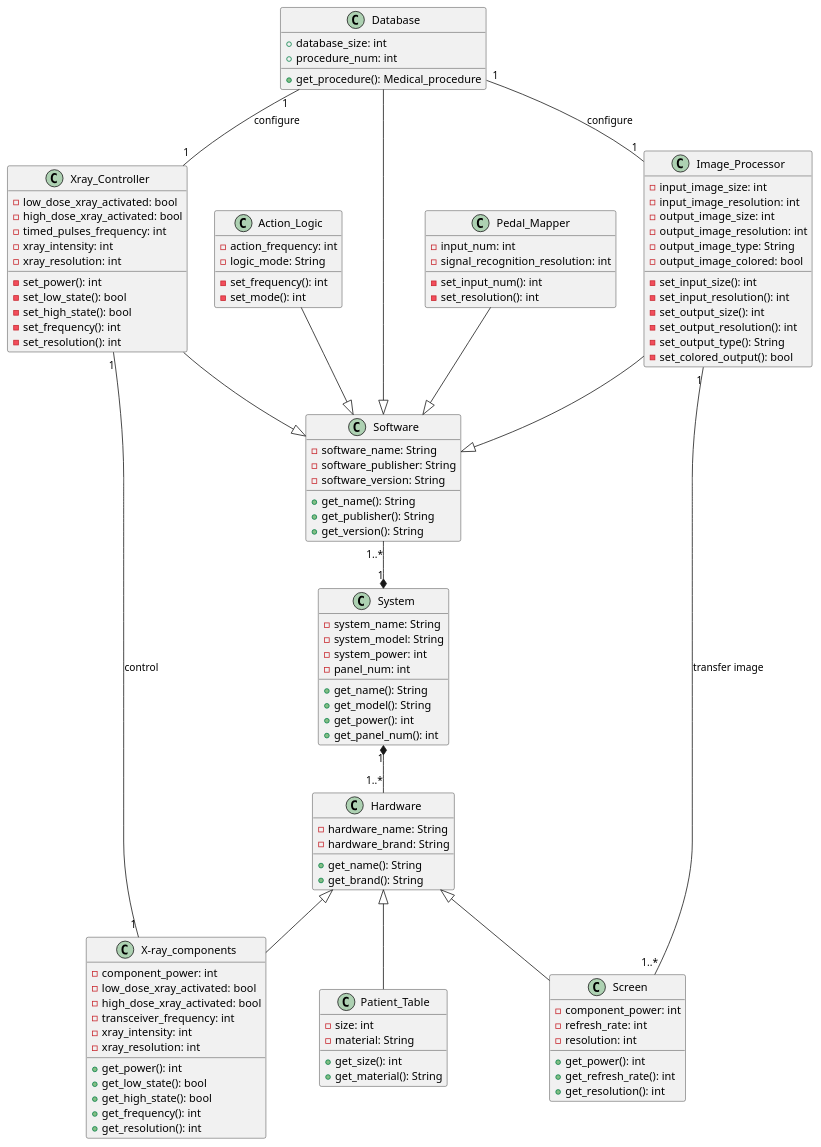
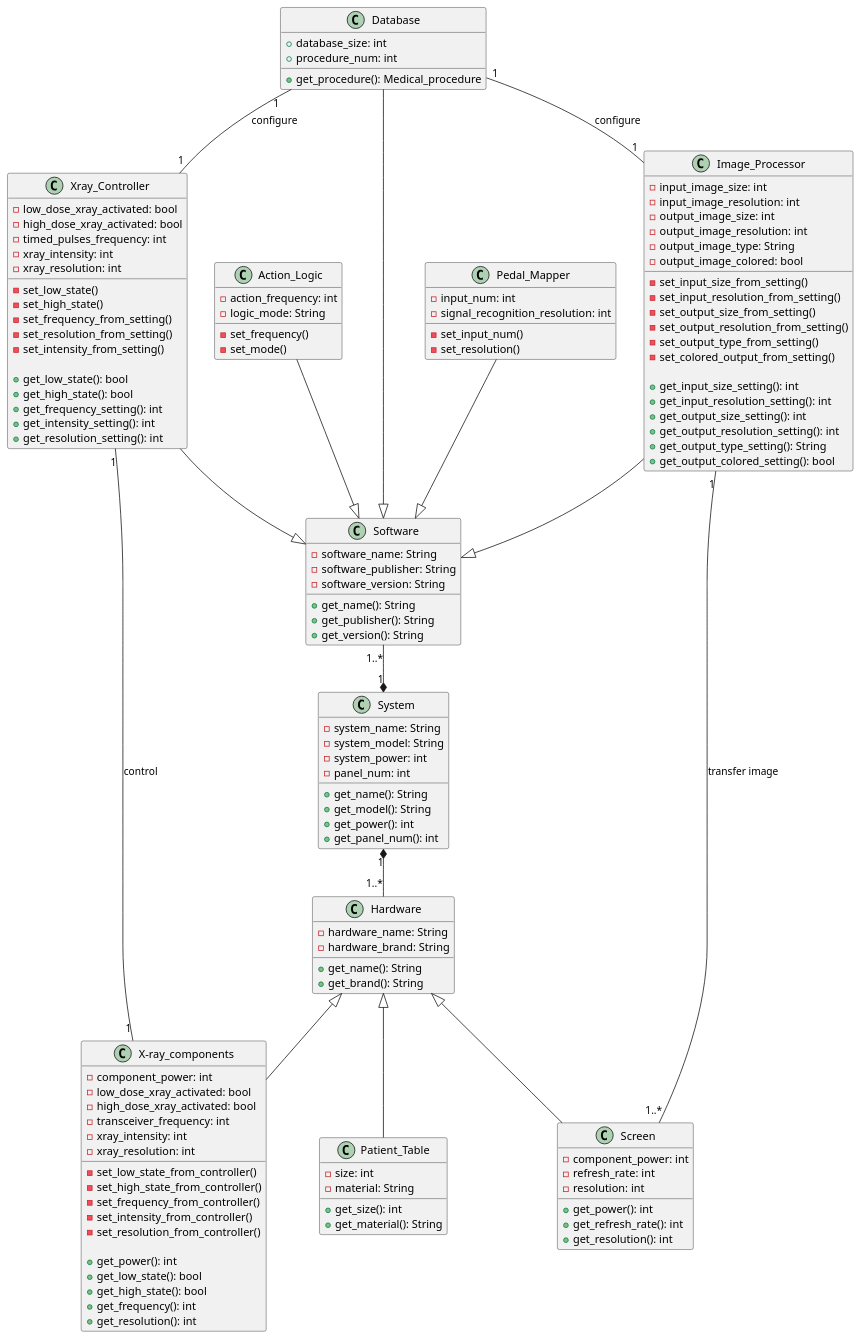
One commit to JCLLi/Software-System-Traning changed the diagram in class-high-level/src.puml. Above: the diagram before and after it, drawn with PlantUML.

```diff
--- a/class-high-level/src.puml
+++ b/class-high-level/src.puml
@@ -1,142 +1,161 @@
 @startuml
 class “System” as sc{
 -system_name: String
 -system_model: String
 -system_power: int
 -panel_num: int
 
 +get_name(): String
 +get_model(): String
 +get_power(): int
 +get_panel_num(): int
 }
 
 class "Hardware" as h{
 -hardware_name: String
 -hardware_brand: String
 
 +get_name(): String
 +get_brand(): String
 }
 
 class "Software" as s{
 -software_name: String
 -software_publisher: String
 -software_version: String
 
 +get_name(): String
 +get_publisher(): String
 +get_version(): String
 }
 
 class "X-ray_components" as xc{
 -component_power: int
 -low_dose_xray_activated: bool
 -high_dose_xray_activated: bool
 -transceiver_frequency: int
 -xray_intensity: int
 -xray_resolution: int
 
+-set_low_state_from_controller()
+-set_high_state_from_controller()
+-set_frequency_from_controller()
+-set_intensity_from_controller()
+-set_resolution_from_controller()
+
 +get_power(): int
 +get_low_state(): bool
 +get_high_state(): bool
 +get_frequency(): int
 +get_resolution(): int
 }
 
 class "Screen" as scr{
 -component_power: int
 -refresh_rate: int
 -resolution: int
 
 +get_power(): int
 +get_refresh_rate(): int
 +get_resolution(): int
 }
 
 class "Patient_Table" as pt{
 -size: int
 -material: String
 
 +get_size(): int
 +get_material(): String
 }
 
 
 h <|-down- xc
 h <|-down- pt
 h <|-down- scr
 
 
 
 class "Pedal_Mapper" as pm{
 -input_num: int
 -signal_recognition_resolution: int
 
--set_input_num(): int
--set_resolution(): int
+-set_input_num()
+-set_resolution()
 }
 
 class "Action_Logic" as al{
 -action_frequency: int
 -logic_mode: String
 
--set_frequency(): int
--set_mode(): int
+-set_frequency()
+-set_mode()
 }
 
 class "Xray_Controller" as xcr{
 -low_dose_xray_activated: bool
 -high_dose_xray_activated: bool
 -timed_pulses_frequency: int
 -xray_intensity: int
 -xray_resolution: int
 
--set_power(): int
--set_low_state(): bool
--set_high_state(): bool
--set_frequency(): int
--set_resolution(): int
+-set_low_state()
+-set_high_state()
+-set_frequency_from_setting()
+-set_resolution_from_setting()
+-set_intensity_from_setting()
+
++get_low_state(): bool
++get_high_state(): bool
++get_frequency_setting(): int
++get_intensity_setting(): int
++get_resolution_setting(): int
 }
 
 class "Image_Processor" as ip{
 -input_image_size: int
 -input_image_resolution: int
 -output_image_size: int
 -output_image_resolution: int
 -output_image_type: String
 -output_image_colored: bool
 
--set_input_size(): int
--set_input_resolution(): int
--set_output_size(): int
--set_output_resolution(): int
--set_output_type(): String
--set_colored_output(): bool
+-set_input_size_from_setting()
+-set_input_resolution_from_setting()
+-set_output_size_from_setting()
+-set_output_resolution_from_setting()
+-set_output_type_from_setting()
+-set_colored_output_from_setting()
+
++get_input_size_setting(): int
++get_input_resolution_setting(): int
++get_output_size_setting(): int
++get_output_resolution_setting(): int
++get_output_type_setting(): String
++get_output_colored_setting(): bool
 }
 
 class "Database" as db{
 +database_size: int
 +procedure_num: int
 
 +get_procedure(): Medical_procedure
 }
 
 s <|-up- ip
 s <|-up- pm
 s <|-up- db
 s <|-up- al
 s <|-up- xcr
 
 xcr "1" -- "1"xc: control
 ip "1" -- "1..*"scr: transfer image
 db "1" -- "1"xcr: configure
 db "1" -- "1"ip: configure
 
 sc "1" *-up- "1..*" s
 sc "1" *-down- "1..*" h
 
 
 
 
 @enduml
```
